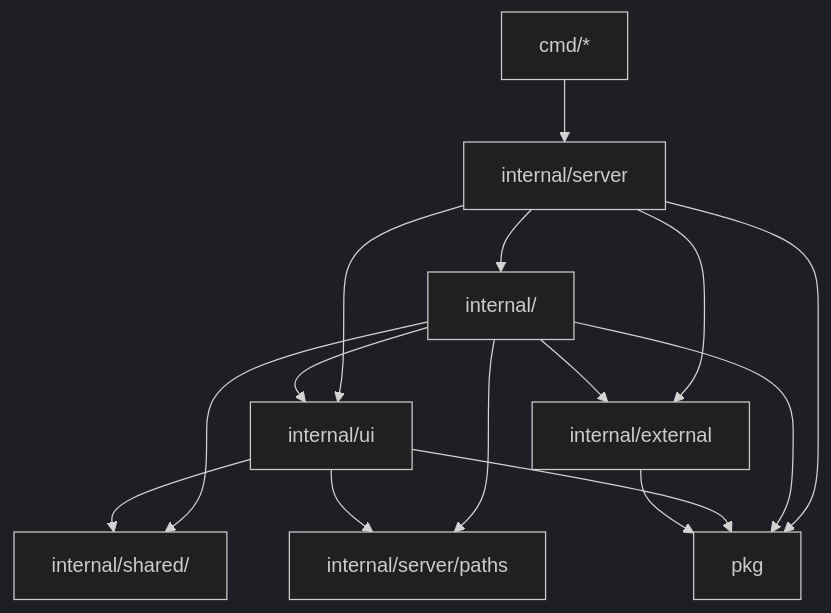
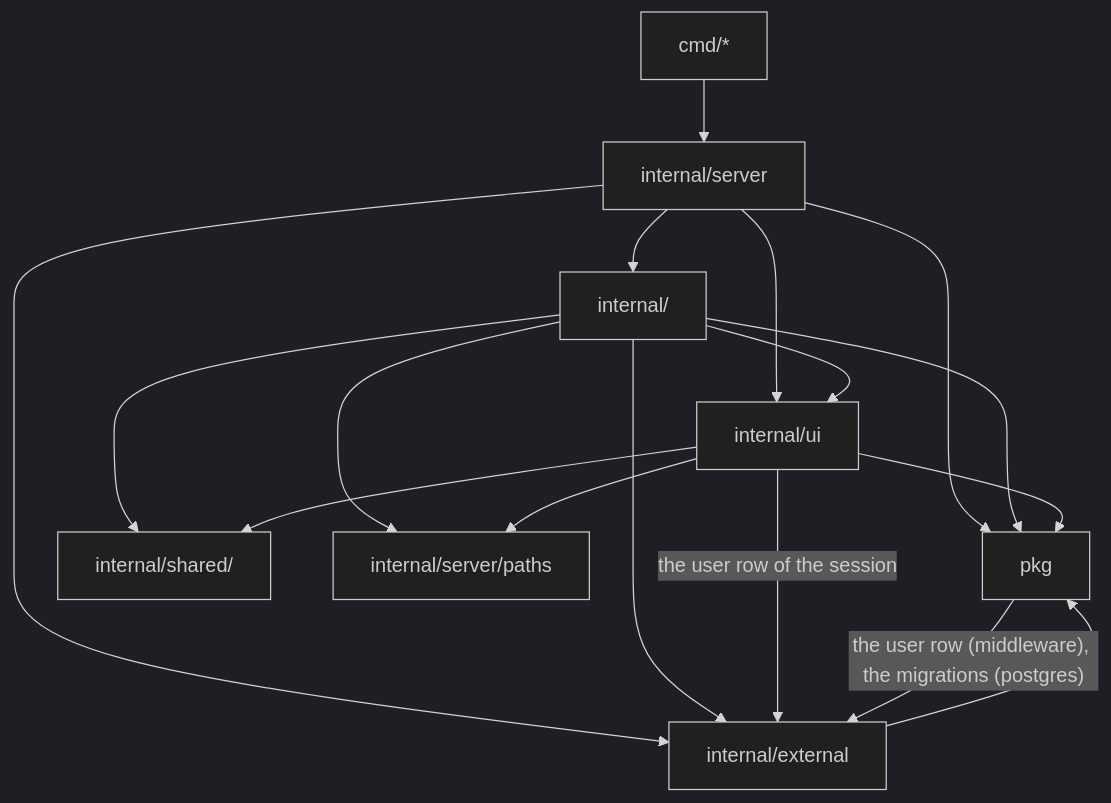
The diagram in LEANGO.md (tung-dnt/lean-go), drawn with Mermaid (dark theme) before and after one commit. The commit also changed other lines of this file and 25 other files, not shown here.

````diff
--- a/LEANGO.md
+++ b/LEANGO.md
@@ -43,17 +45,19 @@
 ```mermaid
 flowchart TD
   cmd["cmd/*"] --> server["internal/server"]
   server --> domain["internal/<domain>"]
   server --> ui["internal/ui"]
   server --> external["internal/external"]
   server --> pkg["pkg"]
   domain --> ui
   domain --> shared["internal/shared/<concern>"]
   domain --> external
   ui --> shared
   domain --> paths["internal/server/paths"]
   domain --> pkg
   ui --> paths
   ui --> pkg
+  ui -->|"the user row of the session"| external
   external --> pkg
+  pkg -->|"the user row (middleware), the migrations (postgres)"| external
 ```
````
